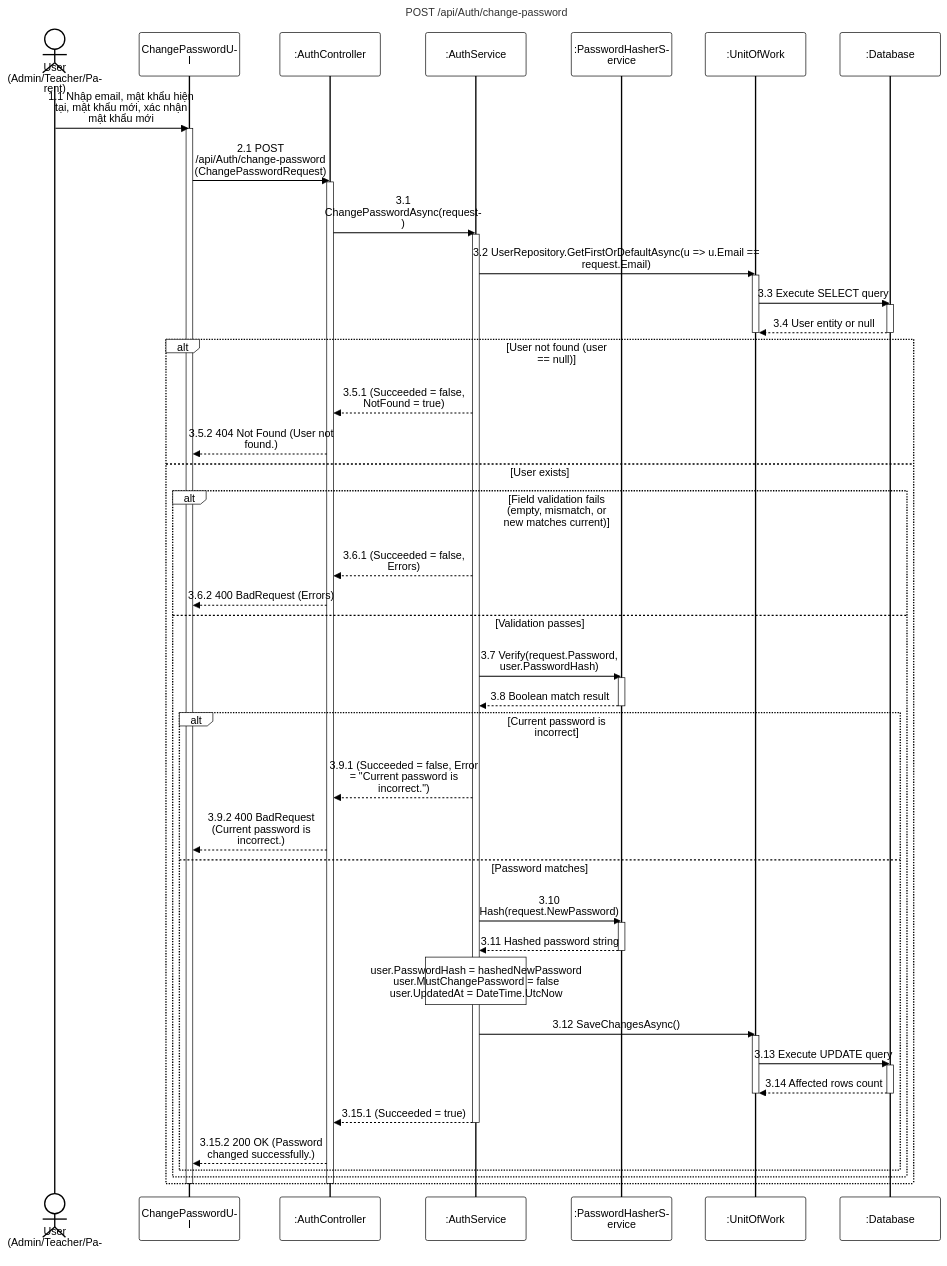
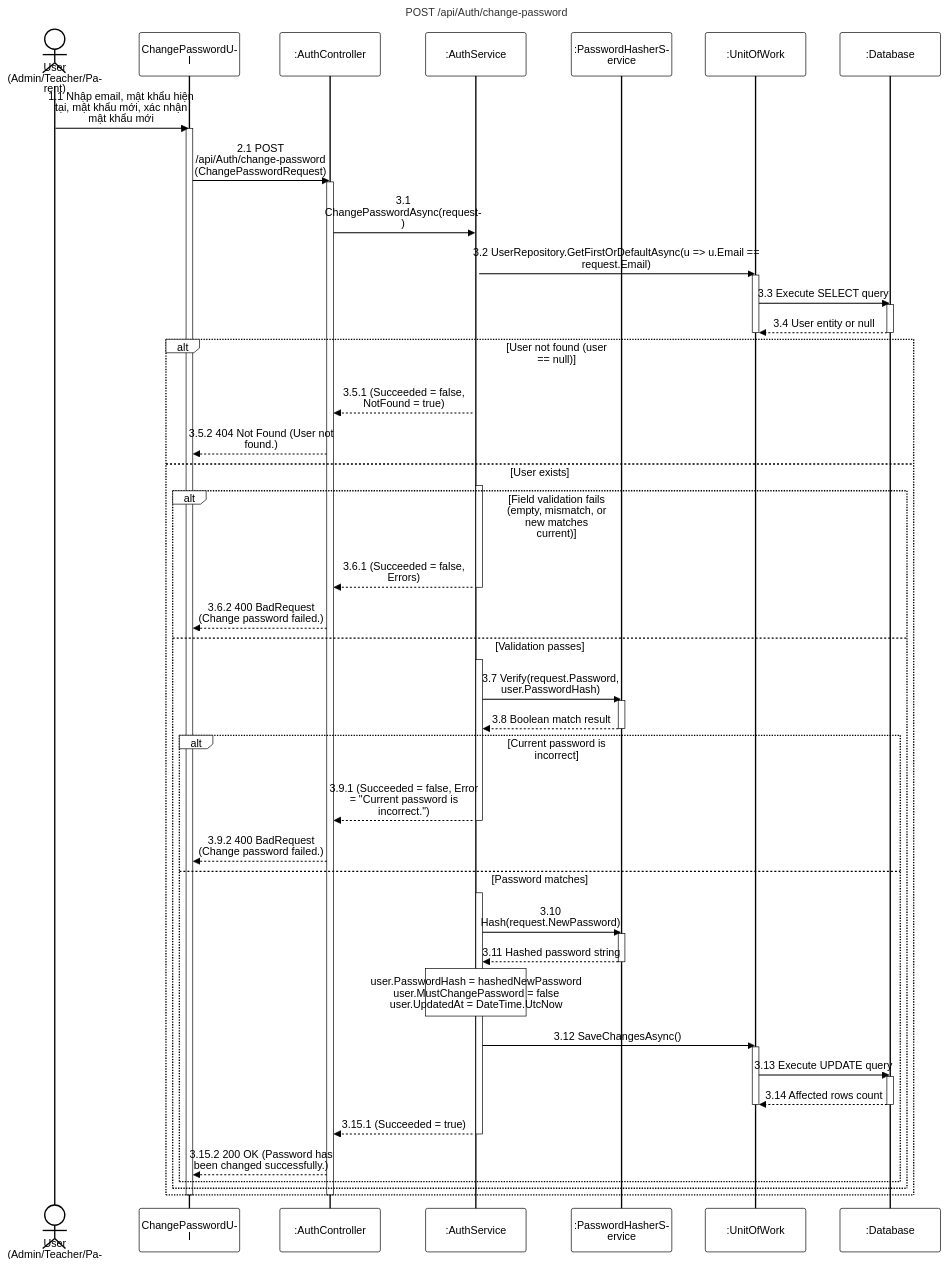
The diagram in 01-authentication/sequence-diagram/apis/change-password.mmd (PhucAnDev/docx-diagram), drawn with Mermaid before and after one commit. The commit also changed 3 other files, not shown here.

```diff
--- a/01-authentication/sequence-diagram/apis/change-password.mmd
+++ b/01-authentication/sequence-diagram/apis/change-password.mmd
@@ -1,67 +1,72 @@
 %%{init: {'theme':'base', 'themeVariables': {'actorBkg':'#ffffff','actorBorder':'#000000','actorTextColor':'#000000','actorLineColor':'#000000','signalColor':'#000000','signalTextColor':'#000000','labelBoxBkgColor':'#ffffff','labelBoxBorderColor':'#000000','labelTextColor':'#000000','loopTextColor':'#000000','noteBkgColor':'#ffffff','noteBorderColor':'#000000','noteTextColor':'#000000','activationBorderColor':'#000000','activationBkgColor':'#ffffff','sequenceNumberColor':'#000000'}, 'sequence': {'width':150,'height':65,'actorFontSize':16,'messageFontSize':16,'wrap':true,'wrapPadding':10}}}%%
 sequenceDiagram
     title POST /api/Auth/change-password
     actor User as User (Admin/Teacher/Parent)
     participant UI as ChangePasswordUI
     participant Endpoint as :AuthController
     participant Service as :AuthService
     participant Hasher as :PasswordHasherService
     participant DB as :UnitOfWork
     participant Database as :Database
 
     User->>UI: 1.1 Nhập email, mật khẩu hiện tại, mật khẩu mới, xác nhận mật khẩu mới
     activate UI
     UI->>Endpoint: 2.1 POST /api/Auth/change-password (ChangePasswordRequest)
     activate Endpoint
 
     Endpoint->>Service: 3.1 ChangePasswordAsync(request)
     activate Service
 
     Service->>DB: 3.2 UserRepository.GetFirstOrDefaultAsync(u => u.Email == request.Email)
     activate DB
     DB->>Database: 3.3 Execute SELECT query
     activate Database
     Database-->>DB: 3.4 User entity or null
     deactivate Database
     deactivate DB
 
     alt User not found (user == null)
         Service-->>Endpoint: 3.5.1 (Succeeded = false, NotFound = true)
         Endpoint-->>UI: 3.5.2 404 Not Found (User not found.)
     else User exists
+        activate Service
         alt Field validation fails (empty, mismatch, or new matches current)
             Service-->>Endpoint: 3.6.1 (Succeeded = false, Errors)
-            Endpoint-->>UI: 3.6.2 400 BadRequest (Errors)
+            deactivate Service
+            Endpoint-->>UI: 3.6.2 400 BadRequest (Change password failed.)
         else Validation passes
+            activate Service
             Service->>Hasher: 3.7 Verify(request.Password, user.PasswordHash)
             activate Hasher
             Hasher-->>Service: 3.8 Boolean match result
             deactivate Hasher
 
             alt Current password is incorrect
                 Service-->>Endpoint: 3.9.1 (Succeeded = false, Error = "Current password is incorrect.")
-                Endpoint-->>UI: 3.9.2 400 BadRequest (Current password is incorrect.)
+                deactivate Service
+                Endpoint-->>UI: 3.9.2 400 BadRequest (Change password failed.)
             else Password matches
+                activate Service
                 Service->>Hasher: 3.10 Hash(request.NewPassword)
                 activate Hasher
                 Hasher-->>Service: 3.11 Hashed password string
                 deactivate Hasher
 
                 note over Service: user.PasswordHash = hashedNewPassword<br/>user.MustChangePassword = false<br/>user.UpdatedAt = DateTime.UtcNow
 
                 Service->>DB: 3.12 SaveChangesAsync()
                 activate DB
                 DB->>Database: 3.13 Execute UPDATE query
                 activate Database
                 Database-->>DB: 3.14 Affected rows count
                 deactivate Database
                 deactivate DB
 
                 Service-->>Endpoint: 3.15.1 (Succeeded = true)
                 deactivate Service
-                Endpoint-->>UI: 3.15.2 200 OK (Password changed successfully.)
+                Endpoint-->>UI: 3.15.2 200 OK (Password has been changed successfully.)
             end
         end
     end
     deactivate Endpoint
     deactivate UI
```
